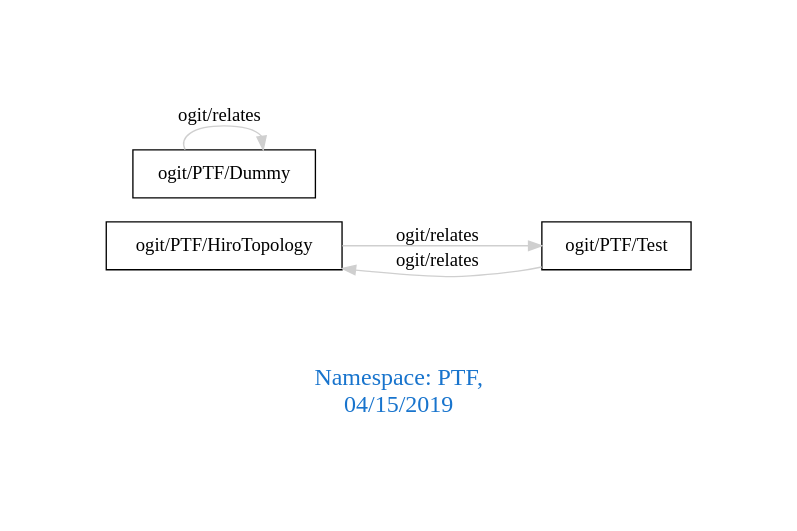
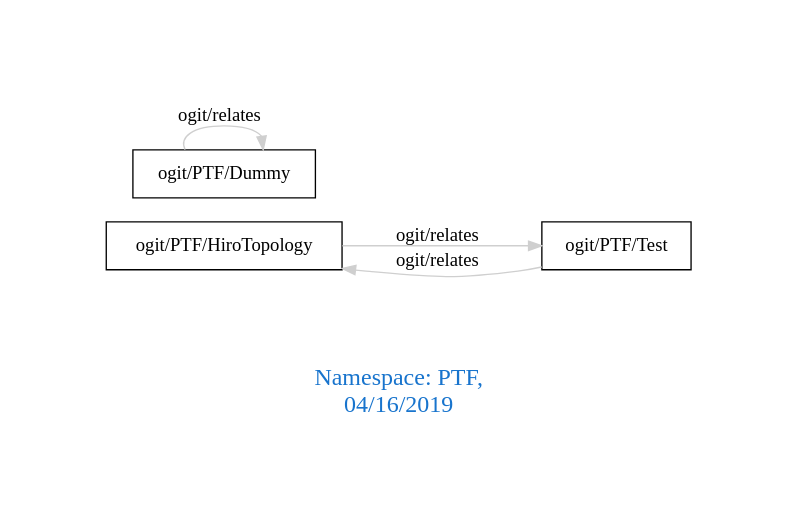
The diagram in downloads/PTF.dot (arago/OGIT), drawn with Graphviz before and after one commit. The commit also changed 1332 other files, not shown here.

```diff
--- a/downloads/PTF.dot
+++ b/downloads/PTF.dot
@@ -1,11 +1,11 @@
 digraph OGIT_ontology {
  graph [ rankdir= LR,pad=1 
 fontsize = 18,
-fontcolor= dodgerblue3,label = "\n\n\nNamespace: PTF, \n 04/15/2019"];
+fontcolor= dodgerblue3,label = "\n\n\nNamespace: PTF, \n 04/16/2019"];
 node[shape=polygon];
 edge [  color="gray81"];
 
    "ogit/PTF/HiroTopology" -> "ogit/PTF/Test" [label="   ogit/relates    "];
    "ogit/PTF/Test" -> "ogit/PTF/HiroTopology" [label="   ogit/relates    "];
    "ogit/PTF/Dummy" -> "ogit/PTF/Dummy" [label="   ogit/relates    "];
 }
```
